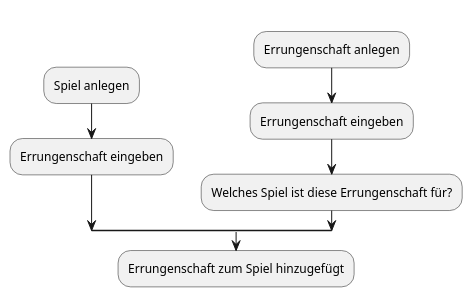
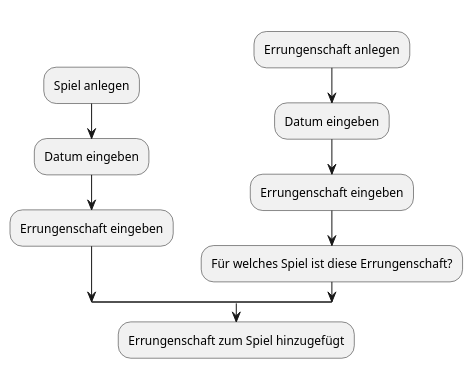
One commit to HEBK-BGM/Verwaltungssoftware_Team_3_TestGIt changed the diagram in Docs/Pflichtenheft/Diagramme/Erungenschaften_aktivdia.iuml. Above: the diagram before and after it, drawn with PlantUML. The commit also changed 2 other files, not shown here.

Commit message:
Diagramme abgeändert

```diff
--- a/Docs/Pflichtenheft/Diagramme/Erungenschaften_aktivdia.iuml
+++ b/Docs/Pflichtenheft/Diagramme/Erungenschaften_aktivdia.iuml
@@ -1,14 +1,16 @@
 @startuml
 split
    -[hidden]->
    :Spiel anlegen;
+   :Datum eingeben;
    :Errungenschaft eingeben;
 split again
    -[hidden]->
    :Errungenschaft anlegen;
+   :Datum eingeben;
    :Errungenschaft eingeben;
-   :Welches Spiel ist diese Errungenschaft für?;
+   :Für welches Spiel ist diese Errungenschaft?;
 end split
 :Errungenschaft zum Spiel hinzugefügt;
 
 @enduml
```
